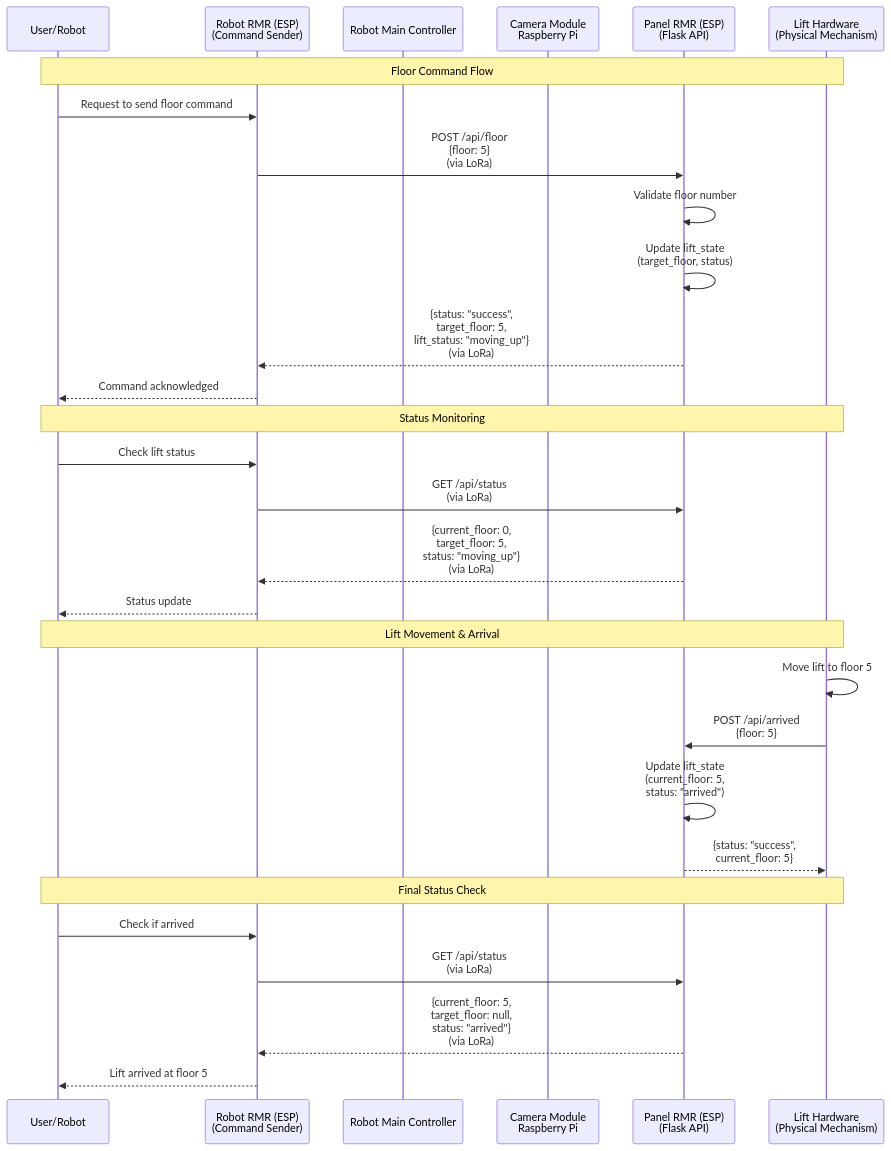
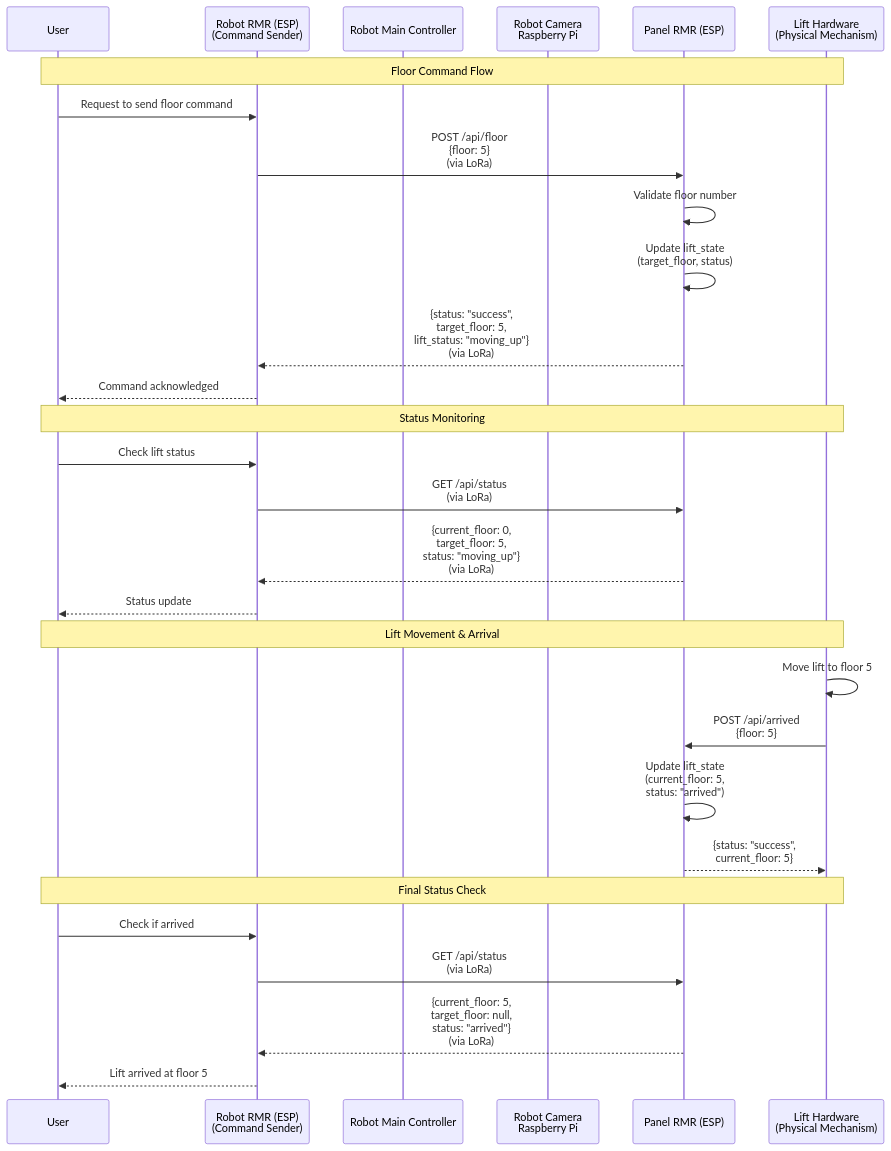
One commit to in-is-ah/rmr changed the first of 3 diagrams in sequence_diagram.md. Above: the diagram before and after it, drawn with Mermaid. The commit also changed other lines of this file, not shown here.

Commit message:
Refactor sequence diagram participants and flow

````diff
--- a/sequence_diagram.md
+++ b/sequence_diagram.md
@@ -5,35 +5,35 @@
 ```mermaid
 sequenceDiagram
-    participant User/Robot
+    participant User
     participant ClientPi as Robot RMR (ESP)<br/>(Command Sender)
     participant RobotMainController as Robot Main Controller
-    participant CameraModule as Camera Module<br/>Raspberry Pi
-    participant LiftService as Panel RMR (ESP)<br/>(Flask API)
+    participant CameraModule as Robot Camera<br/>Raspberry Pi
+    participant LiftService as Panel RMR (ESP)
     participant LiftHardware as Lift Hardware<br/>(Physical Mechanism)
 
-    Note over User/Robot,LiftHardware: Floor Command Flow
-    User/Robot->>ClientPi: Request to send floor command
+    Note over User,LiftHardware: Floor Command Flow
+    User->>ClientPi: Request to send floor command
     ClientPi->>LiftService: POST /api/floor<br/>{floor: 5}<br/>(via LoRa)
     LiftService->>LiftService: Validate floor number
     LiftService->>LiftService: Update lift_state<br/>(target_floor, status)
     LiftService-->>ClientPi: {status: "success",<br/>target_floor: 5,<br/>lift_status: "moving_up"}<br/>(via LoRa)
-    ClientPi-->>User/Robot: Command acknowledged
+    ClientPi-->>User: Command acknowledged
     
-    Note over User/Robot,LiftHardware: Status Monitoring
-    User/Robot->>ClientPi: Check lift status
+    Note over User,LiftHardware: Status Monitoring
+    User->>ClientPi: Check lift status
     ClientPi->>LiftService: GET /api/status<br/>(via LoRa)
     LiftService-->>ClientPi: {current_floor: 0,<br/>target_floor: 5,<br/>status: "moving_up"}<br/>(via LoRa)
-    ClientPi-->>User/Robot: Status update
+    ClientPi-->>User: Status update
     
-    Note over User/Robot,LiftHardware: Lift Movement & Arrival
+    Note over User,LiftHardware: Lift Movement & Arrival
     LiftHardware->>LiftHardware: Move lift to floor 5
     LiftHardware->>LiftService: POST /api/arrived<br/>{floor: 5}
     LiftService->>LiftService: Update lift_state<br/>(current_floor: 5,<br/>status: "arrived")
     LiftService-->>LiftHardware: {status: "success",<br/>current_floor: 5}
     
-    Note over User/Robot,LiftHardware: Final Status Check
-    User/Robot->>ClientPi: Check if arrived
+    Note over User,LiftHardware: Final Status Check
+    User->>ClientPi: Check if arrived
     ClientPi->>LiftService: GET /api/status<br/>(via LoRa)
     LiftService-->>ClientPi: {current_floor: 5,<br/>target_floor: null,<br/>status: "arrived"}<br/>(via LoRa)
-    ClientPi-->>User/Robot: Lift arrived at floor 5
+    ClientPi-->>User: Lift arrived at floor 5
 ```
````
